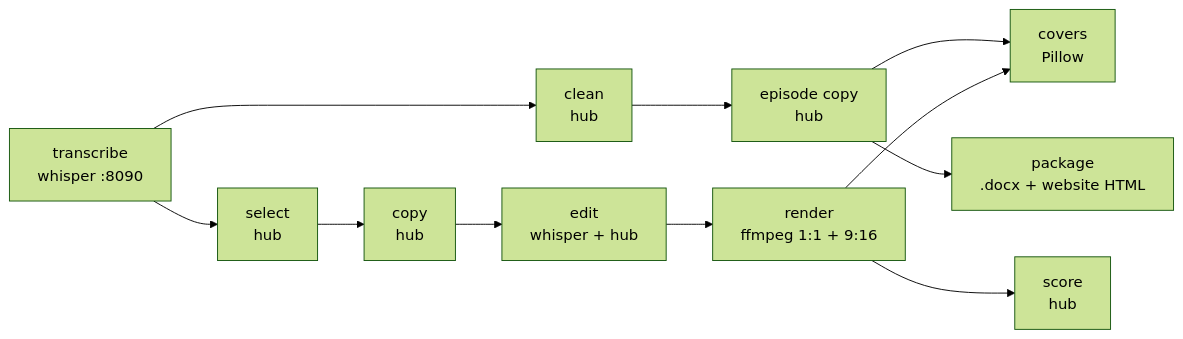
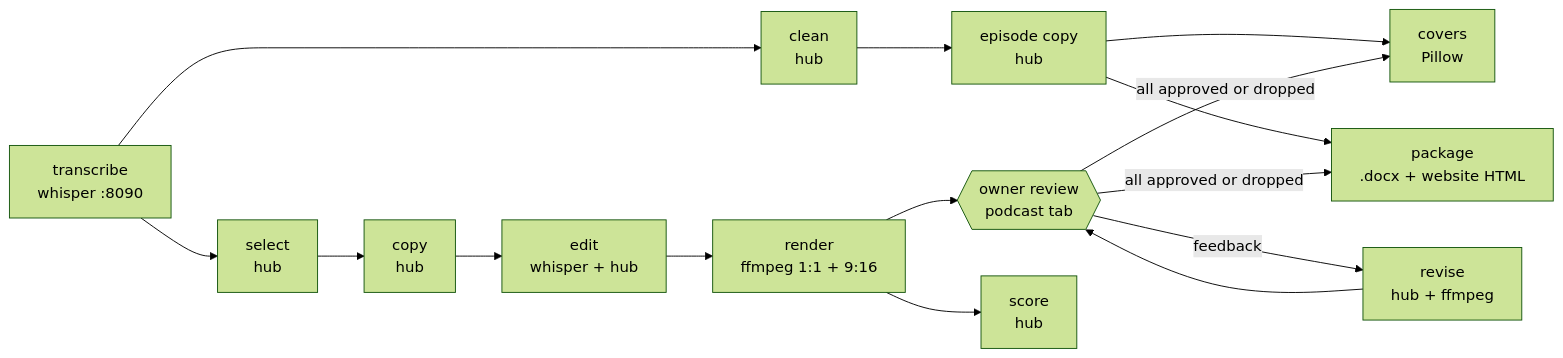
One commit to ferraroroberto/content-management changed the diagram in podcast/README.md. Above: the diagram before and after it, drawn with Mermaid (forest theme). The commit also changed other lines of this file and 11 other files, not shown here.

First line of the commit message:
feat: podcast per-clip review loop with feedback and re-render (#339) (#344)

````diff
--- a/podcast/README.md
+++ b/podcast/README.md
@@ -8,13 +8,17 @@
 ```mermaid
 flowchart LR
     T[transcribe<br/>whisper :8090] --> C[clean<br/>hub]
     T --> S[select<br/>hub]
     S --> P[copy<br/>hub]
     P --> D[edit<br/>whisper + hub]
     D --> R[render<br/>ffmpeg 1:1 + 9:16]
+    R --> W{{owner review<br/>podcast tab}}
+    W -->|feedback| X[revise<br/>hub + ffmpeg]
+    X --> W
     C --> E[episode copy<br/>hub]
     E --> V[covers<br/>Pillow]
-    R --> V
+    W -->|all approved or dropped| V
     E --> K[package<br/>.docx + website HTML]
+    W -->|all approved or dropped| K
     R --> Q[score<br/>hub]
 ```
````
